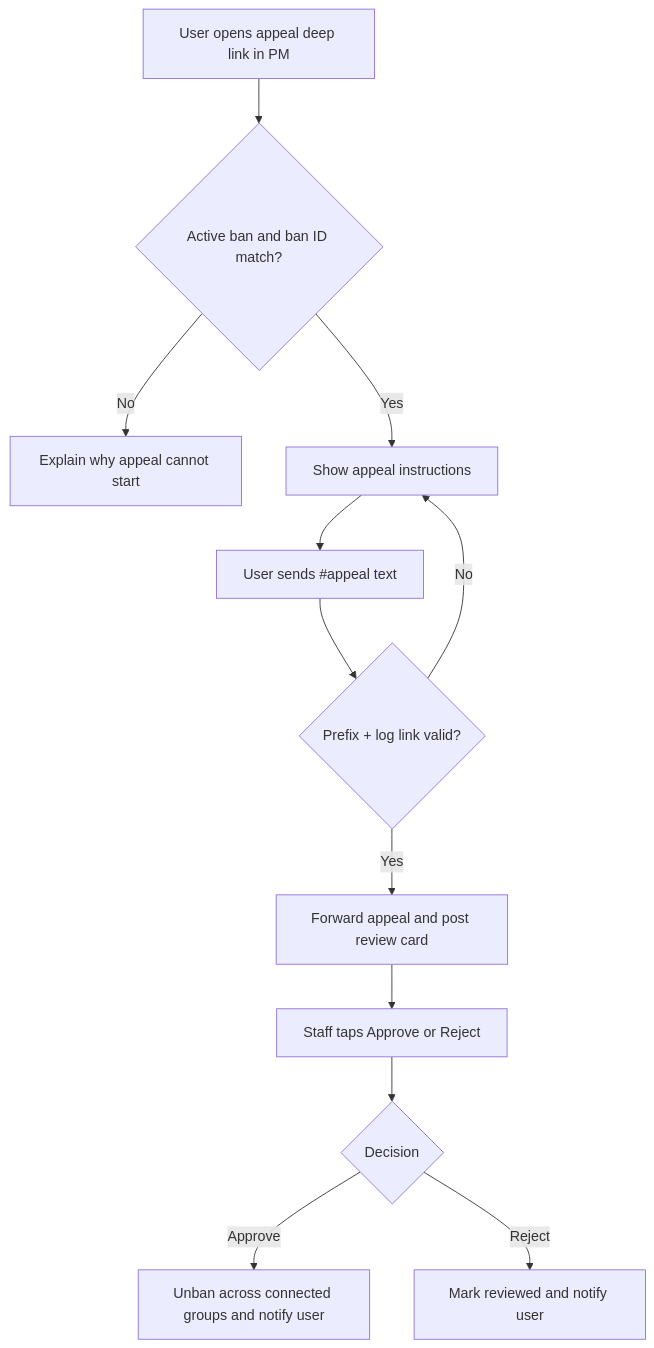
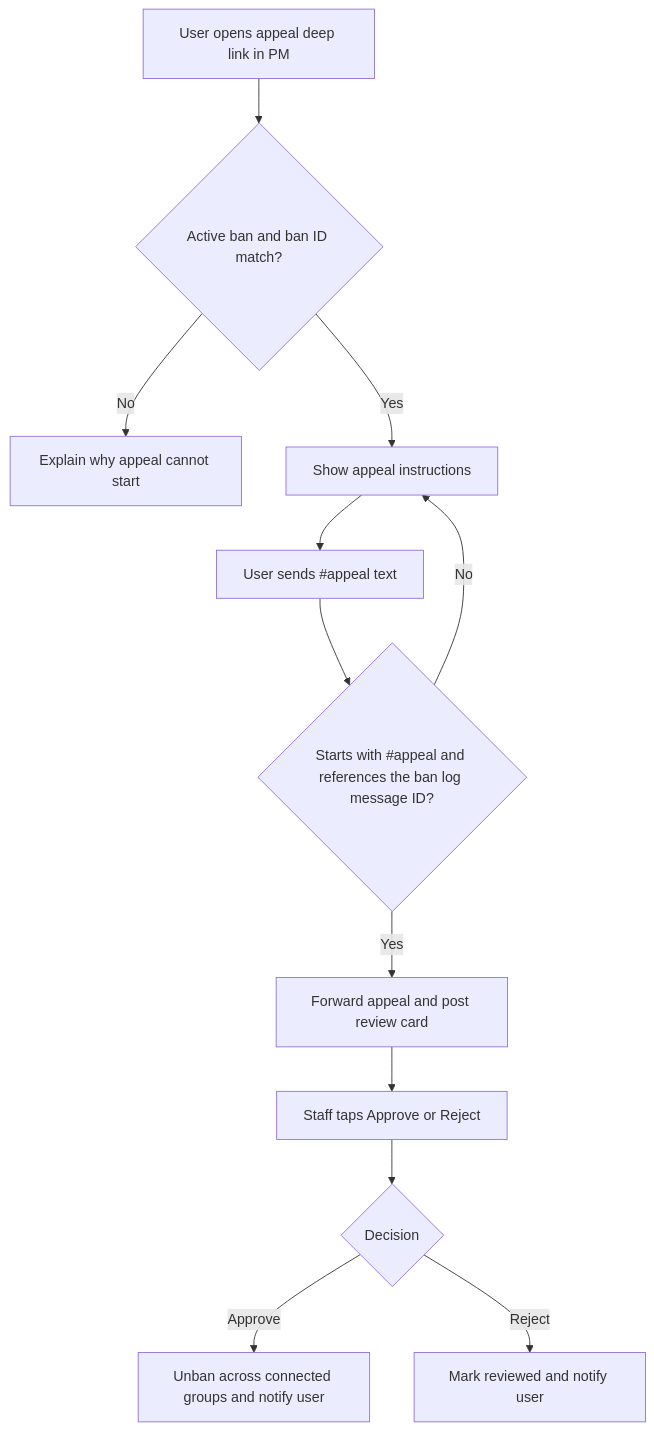
One commit to D1ZZY4/tcbot changed the third of 4 diagrams in docs/features/workflow-overview.md. Above: the diagram before and after it, drawn with Mermaid. The commit also changed other lines of this file and 25 other files, not shown here.

````diff
--- a/docs/features/workflow-overview.md
+++ b/docs/features/workflow-overview.md
@@ -66,14 +72,14 @@
 ```mermaid
 flowchart TD
     A[User opens appeal deep link in PM] --> B{Active ban and ban ID match?}
     B -- No --> X[Explain why appeal cannot start]
     B -- Yes --> C[Show appeal instructions]
     C --> D[User sends #appeal text]
-    D --> E{Prefix + log link valid?}
+    D --> E{Starts with #appeal and references the ban log message ID?}
     E -- No --> C
     E -- Yes --> F[Forward appeal and post review card]
     F --> G[Staff taps Approve or Reject]
     G --> H{Decision}
     H -- Approve --> I[Unban across connected groups and notify user]
     H -- Reject --> J[Mark reviewed and notify user]
 ```
````
